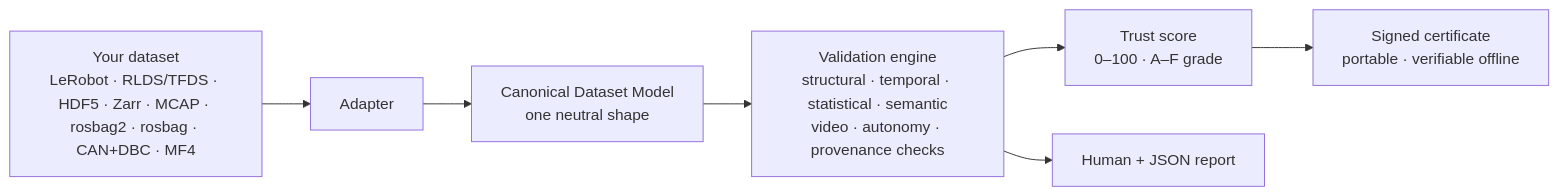
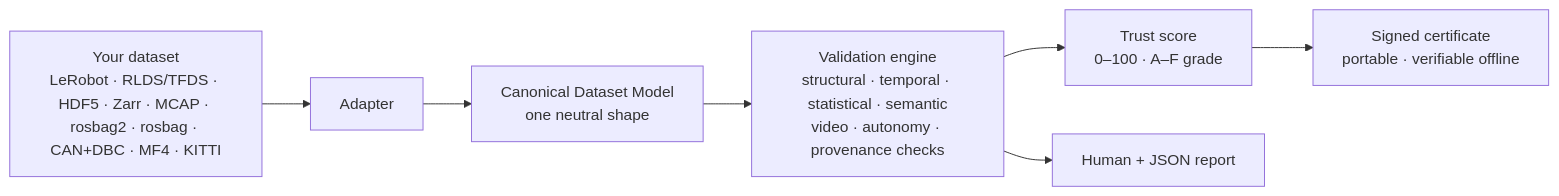
Before and after one commit to clay-good/veridex: the first of 2 diagrams in README.md, drawn with Mermaid. The commit also changed other lines of this file and 14 other files, not shown here.

````diff
--- a/README.md
+++ b/README.md
@@ -102,9 +102,9 @@
 ```mermaid
 flowchart LR
-    A[Your dataset<br/>LeRobot · RLDS/TFDS · HDF5 · Zarr · MCAP · rosbag2 · rosbag · CAN+DBC · MF4] --> B[Adapter]
+    A[Your dataset<br/>LeRobot · RLDS/TFDS · HDF5 · Zarr · MCAP · rosbag2 · rosbag · CAN+DBC · MF4 · KITTI] --> B[Adapter]
     B --> C[Canonical Dataset Model<br/>one neutral shape]
     C --> D[Validation engine<br/>structural · temporal · statistical · semantic<br/>video · autonomy · provenance checks]
     D --> E[Trust score<br/>0–100 · A–F grade]
     E --> F[Signed certificate<br/>portable · verifiable offline]
     D --> G[Human + JSON report]
 ```
````
